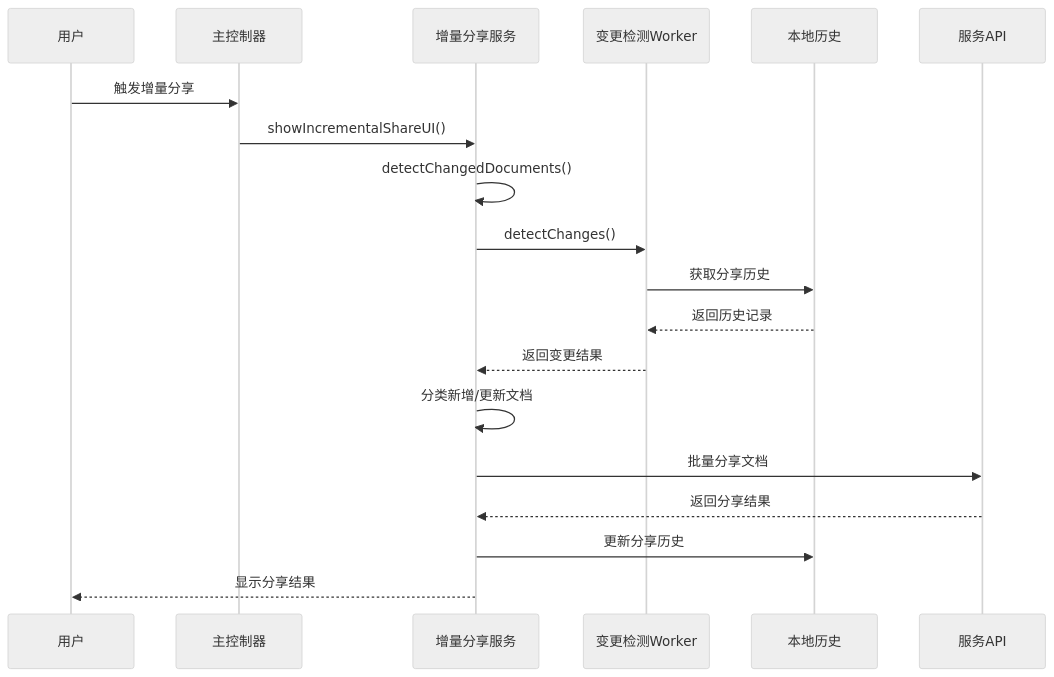
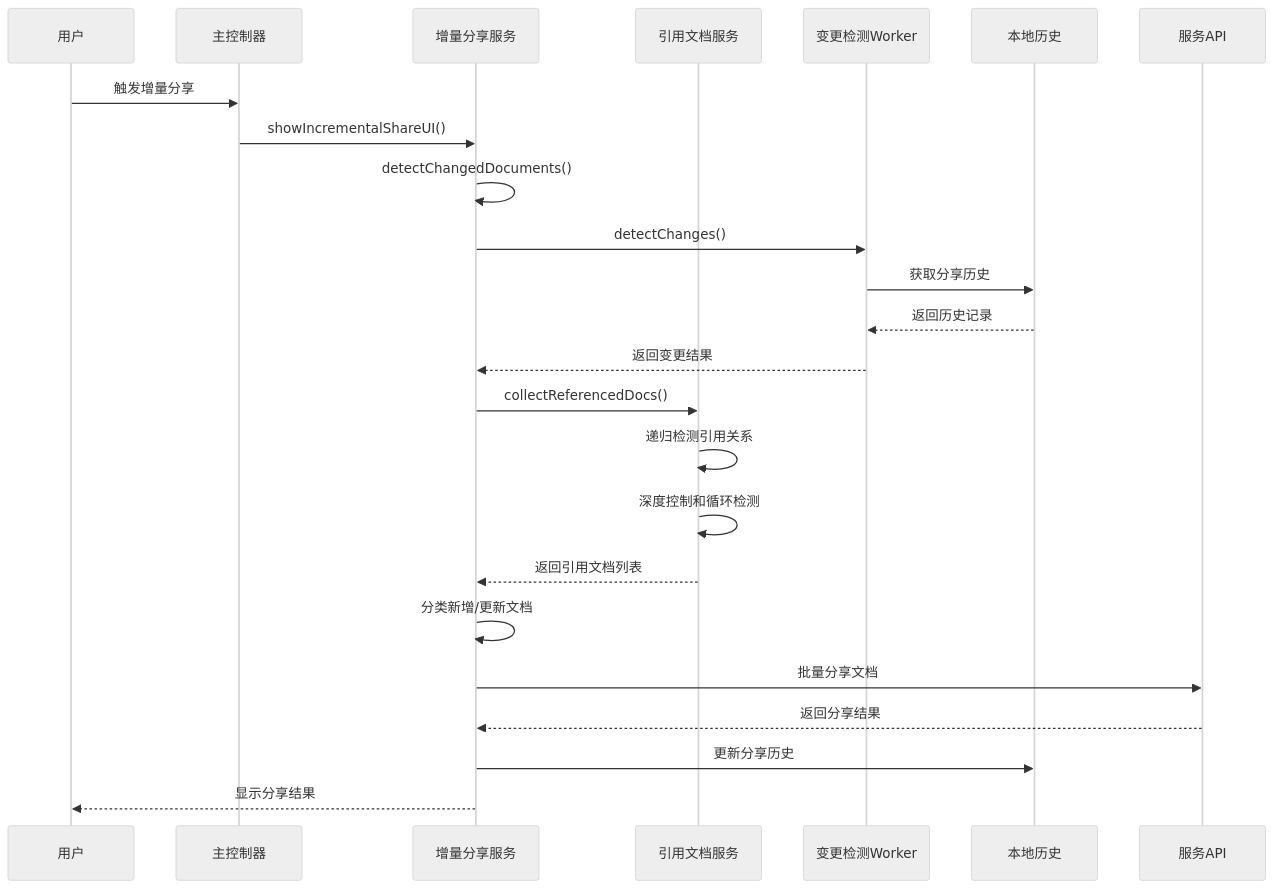
The fourth of 11 diagrams in .qoder/repowiki/zh/content/引用文档分享规范.md (terwerinc/siyuan-plugin-share-pro), drawn with Mermaid (neutral theme) before and after one commit. The commit also changed other lines of this file and 8 other files, not shown here.

````diff
--- a/.qoder/repowiki/zh/content/引用文档分享规范.md
+++ b/.qoder/repowiki/zh/content/引用文档分享规范.md
@@ -222,21 +263,26 @@
 ```mermaid
 sequenceDiagram
 participant User as 用户
 participant Main as 主控制器
 participant IncService as 增量分享服务
+participant RefService as 引用文档服务
 participant Worker as 变更检测Worker
 participant History as 本地历史
 participant API as 服务API
 User->>Main : 触发增量分享
 Main->>IncService : showIncrementalShareUI()
 IncService->>IncService : detectChangedDocuments()
 IncService->>Worker : detectChanges()
 Worker->>History : 获取分享历史
 History-->>Worker : 返回历史记录
 Worker-->>IncService : 返回变更结果
+IncService->>RefService : collectReferencedDocs()
+RefService->>RefService : 递归检测引用关系
+RefService->>RefService : 深度控制和循环检测
+RefService-->>IncService : 返回引用文档列表
 IncService->>IncService : 分类新增/更新文档
 IncService->>API : 批量分享文档
 API-->>IncService : 返回分享结果
 IncService->>History : 更新分享历史
 IncService-->>User : 显示分享结果
 ```
````
